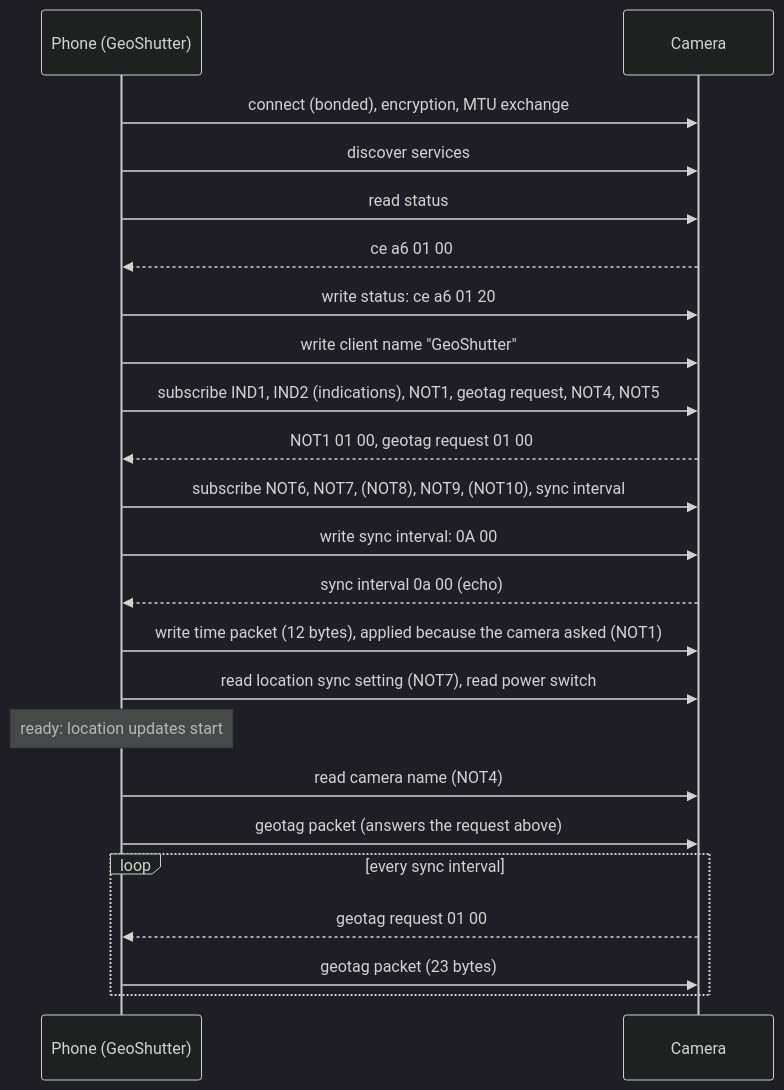
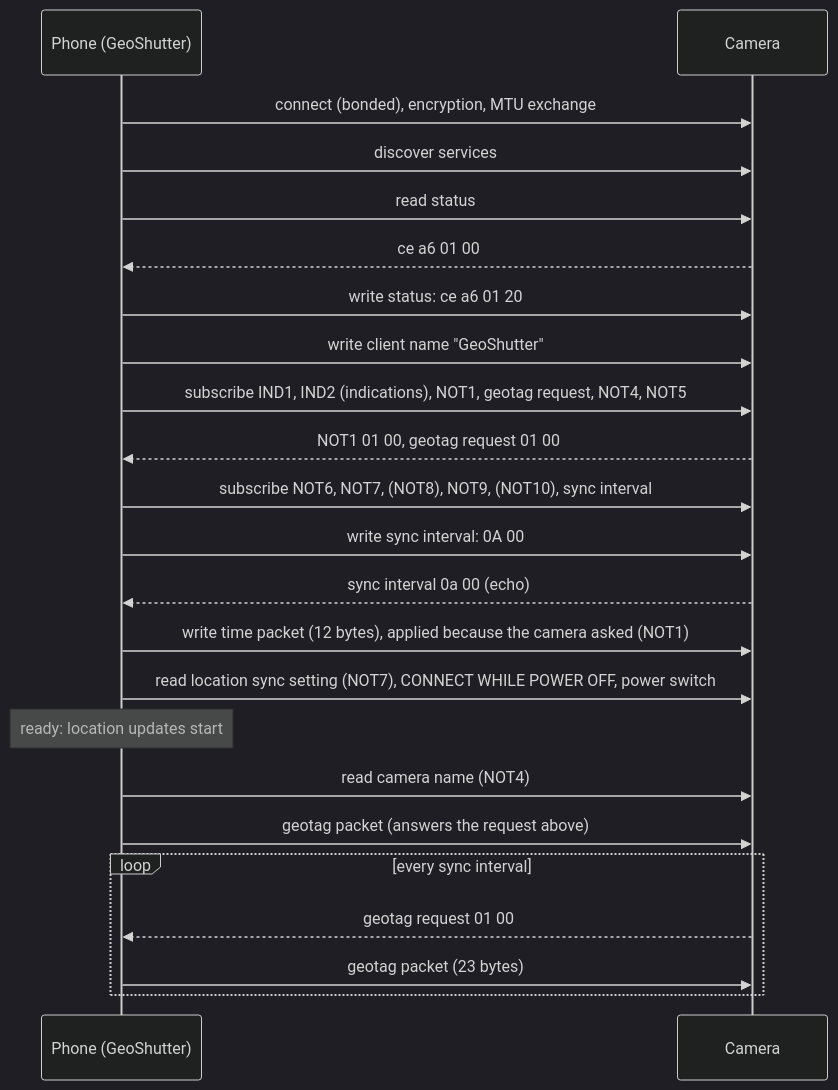
The diagram in docs/fujifilm-protocol.md (sarmadjari/GeoShutter), drawn with Mermaid (dark theme) before and after one commit. The commit also changed other lines of this file and 26 other files, not shown here.

````diff
--- a/docs/fujifilm-protocol.md
+++ b/docs/fujifilm-protocol.md
@@ -235,25 +236,25 @@
 ```mermaid
 sequenceDiagram
     participant P as Phone (GeoShutter)
     participant C as Camera
     P->>C: connect (bonded), encryption, MTU exchange
     P->>C: discover services
     P->>C: read status
     C-->>P: ce a6 01 00
     P->>C: write status: ce a6 01 20
     P->>C: write client name "GeoShutter"
     P->>C: subscribe IND1, IND2 (indications), NOT1, geotag request, NOT4, NOT5
     C-->>P: NOT1 01 00, geotag request 01 00
     P->>C: subscribe NOT6, NOT7, (NOT8), NOT9, (NOT10), sync interval
     P->>C: write sync interval: 0A 00
     C-->>P: sync interval 0a 00 (echo)
     P->>C: write time packet (12 bytes), applied because the camera asked (NOT1)
-    P->>C: read location sync setting (NOT7), read power switch
+    P->>C: read location sync setting (NOT7), CONNECT WHILE POWER OFF, power switch
     Note over P: ready: location updates start
     P->>C: read camera name (NOT4)
     P->>C: geotag packet (answers the request above)
     loop every sync interval
         C-->>P: geotag request 01 00
         P->>C: geotag packet (23 bytes)
     end
 ```
````
